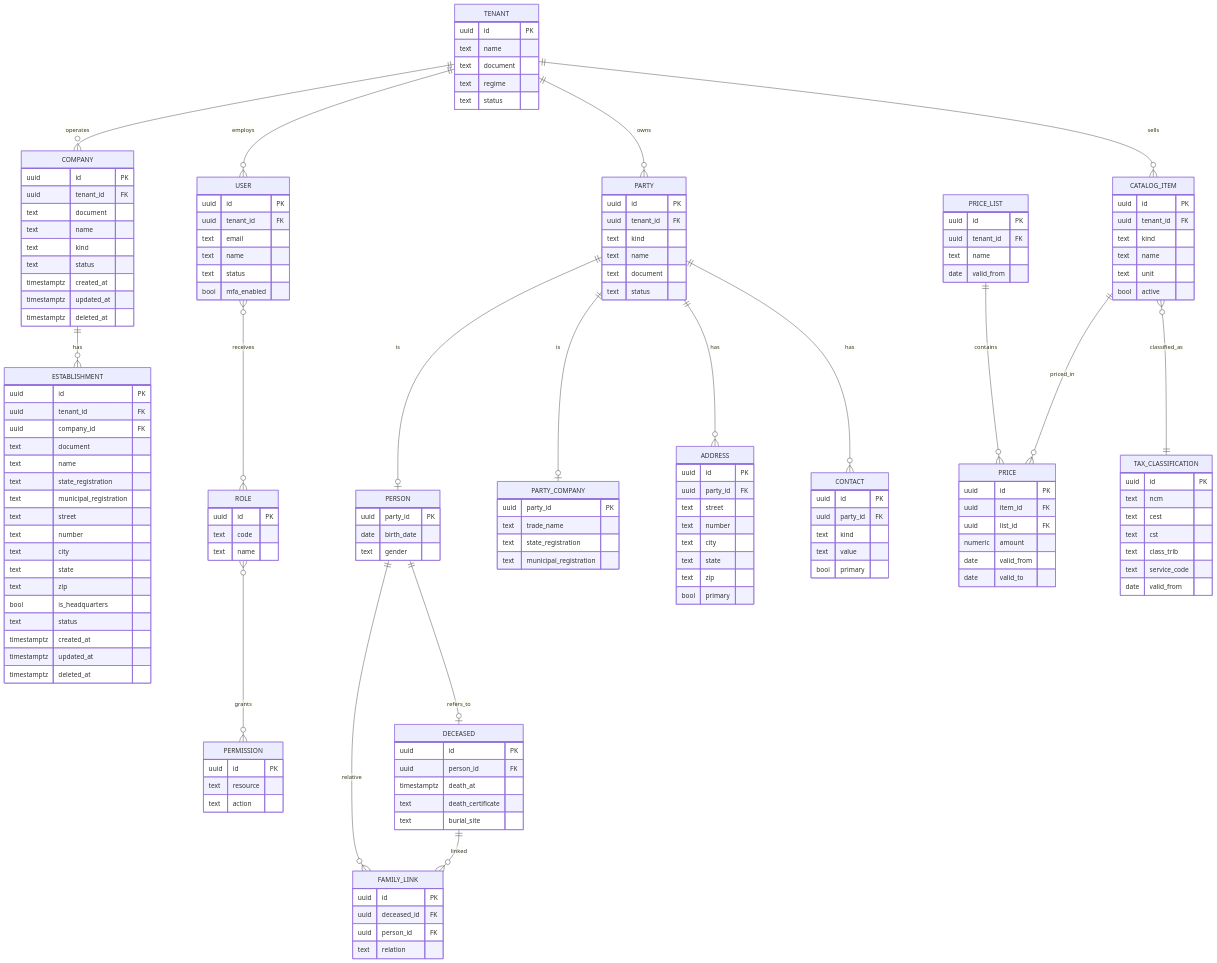
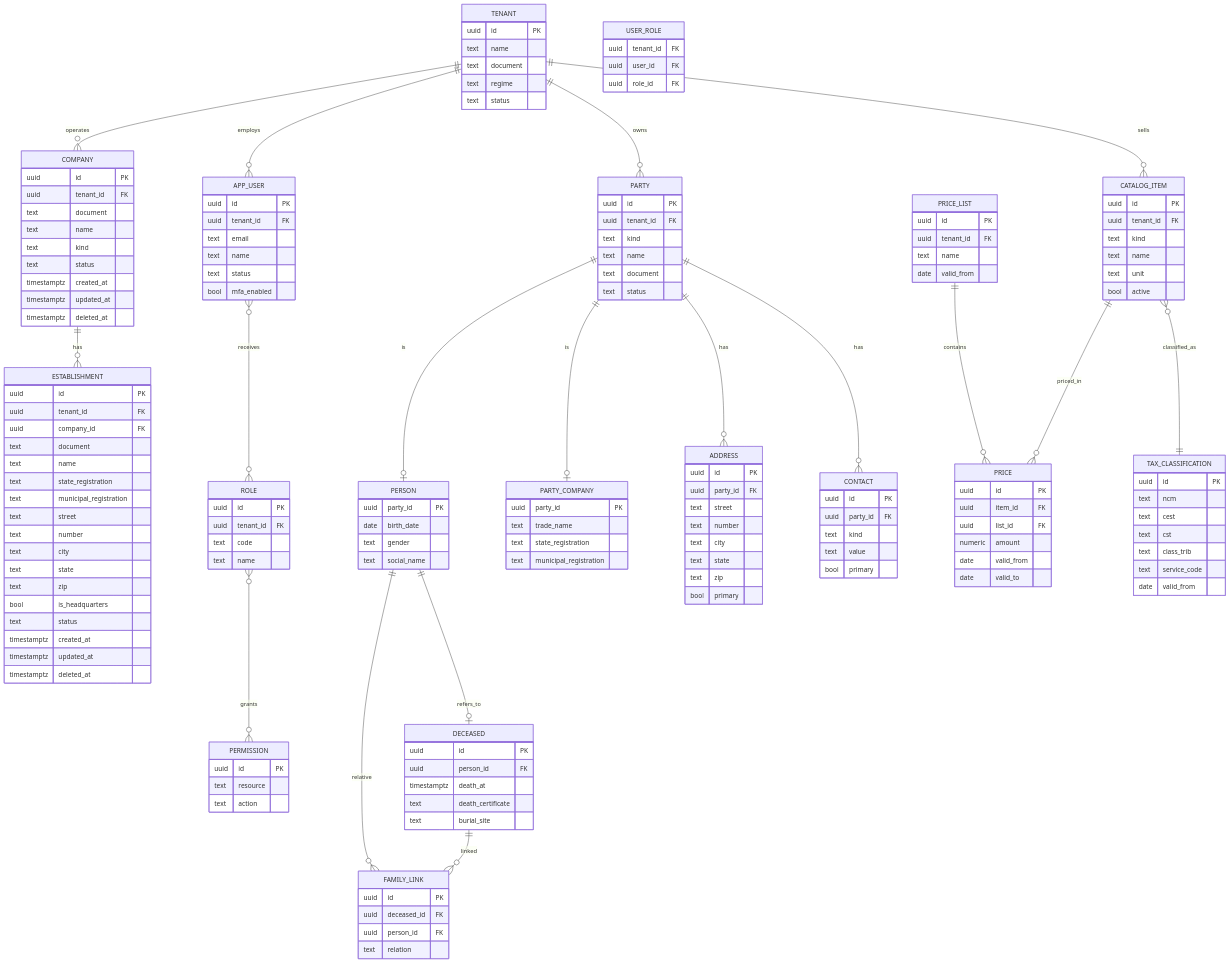
The first of 6 diagrams in docs/data/DER.md (alltomatos/amparius), drawn with Mermaid before and after one commit. The commit also changed other lines of this file and 29 other files, not shown here.

```diff
--- a/docs/data/DER.md
+++ b/docs/data/DER.md
@@ -10,8 +10,8 @@
 erDiagram
   TENANT ||--o{ COMPANY : operates
   COMPANY ||--o{ ESTABLISHMENT : has
-  TENANT ||--o{ USER : employs
-  USER }o--o{ ROLE : receives
+  TENANT ||--o{ APP_USER : employs
+  APP_USER }o--o{ ROLE : receives
   ROLE }o--o{ PERMISSION : grants
   TENANT ||--o{ PARTY : owns
   PARTY ||--o| PERSON : is
@@ -57,15 +57,19 @@
                   timestamptz created_at
                   timestamptz updated_at
                   timestamptz deleted_at }
-  USER { uuid id PK
+  APP_USER { uuid id PK
          uuid tenant_id FK
          text email
          text name
          text status
          bool mfa_enabled }
   ROLE { uuid id PK
+         uuid tenant_id FK
          text code
          text name }
+  USER_ROLE { uuid tenant_id FK
+              uuid user_id FK
+              uuid role_id FK }
   PERMISSION { uuid id PK
                text resource
                text action }
@@ -77,7 +81,8 @@
           text status }
   PERSON { uuid party_id PK
            date birth_date
-           text gender }
+           text gender
+           text social_name }
   PARTY_COMPANY { uuid party_id PK
                   text trade_name
                   text state_registration
```
